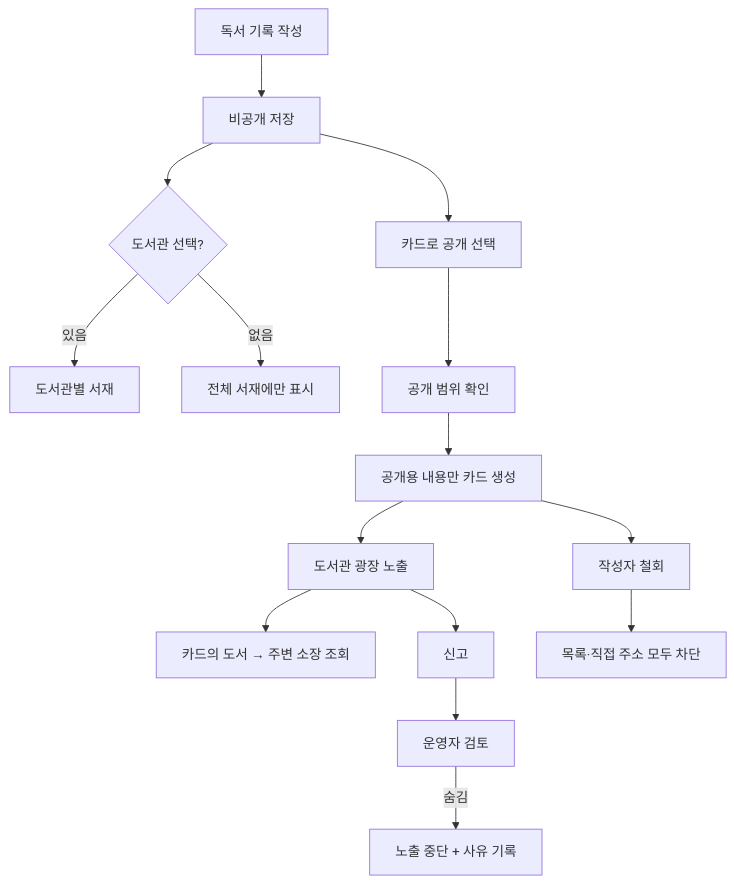
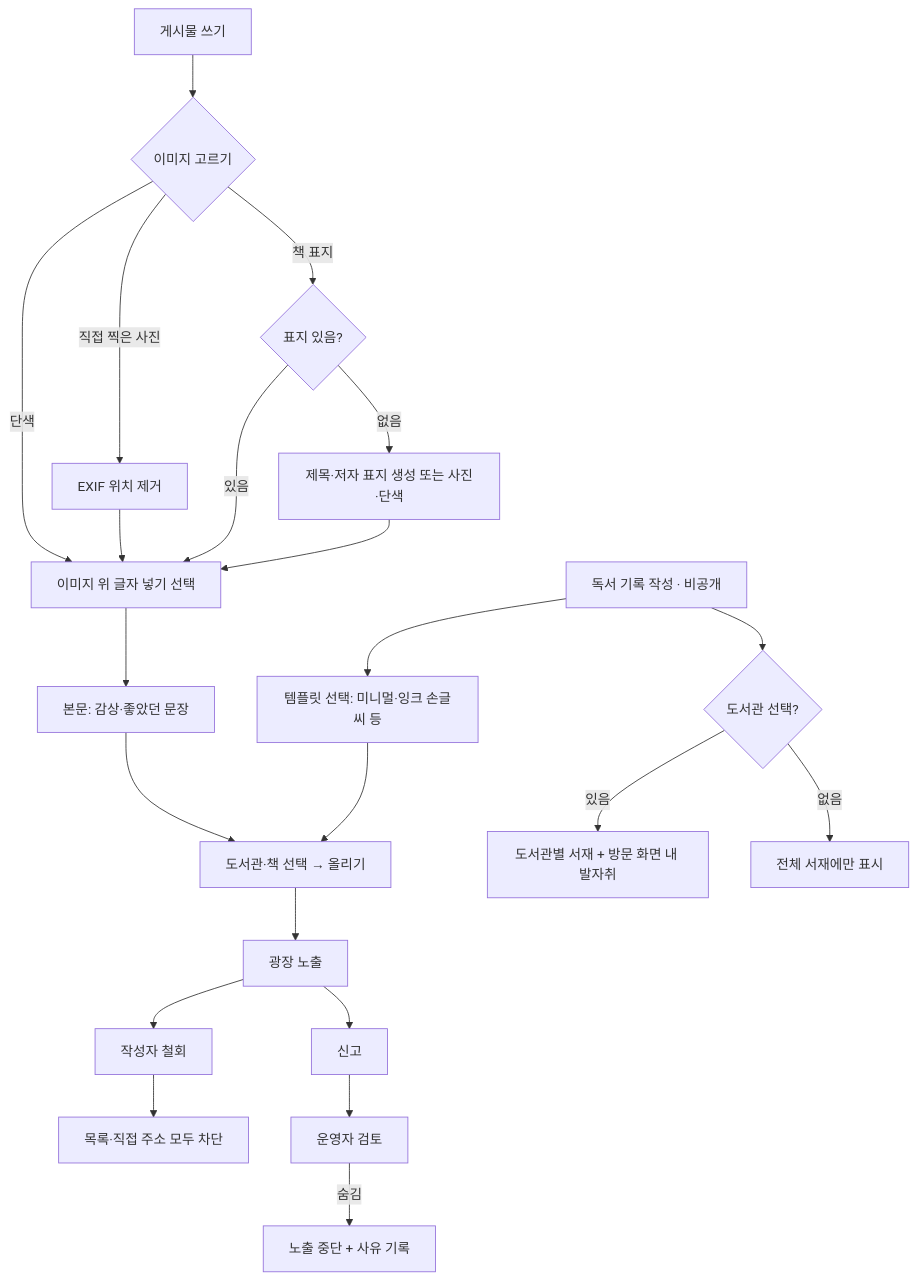
One commit to axteamc/localone changed the fifth of 7 diagrams in 개발산출물/유저_플로우.md. Above: the diagram before and after it, drawn with Mermaid. The commit also changed other lines of this file and 12 other files, not shown here.

````diff
--- a/개발산출물/유저_플로우.md
+++ b/개발산출물/유저_플로우.md
@@ -67,17 +84,24 @@
 ```mermaid
 flowchart TD
-  A[독서 기록 작성] --> B[비공개 저장]
-  B --> C{도서관 선택?}
-  C -- 있음 --> D[도서관별 서재]
-  C -- 없음 --> E[전체 서재에만 표시]
-  B --> F[카드로 공개 선택]
-  F --> G[공개 범위 확인]
-  G --> H[공개용 내용만 카드 생성]
-  H --> I[도서관 광장 노출]
-  I --> J[카드의 도서 → 주변 소장 조회]
-  I --> K[신고]
-  K --> L[운영자 검토]
-  L -- 숨김 --> M[노출 중단 + 사유 기록]
-  H --> N[작성자 철회]
-  N --> O[목록·직접 주소 모두 차단]
+  A[게시물 쓰기] --> B{이미지 고르기}
+  B -- 직접 찍은 사진 --> C[EXIF 위치 제거]
+  B -- 책 표지 --> D{표지 있음?}
+  D -- 없음 --> E[제목·저자 표지 생성 또는 사진·단색]
+  B -- 단색 --> F
+  C --> F[이미지 위 글자 넣기 선택]
+  D -- 있음 --> F
+  E --> F
+  F --> G[본문: 감상·좋았던 문장]
+  G --> H[도서관·책 선택 → 올리기]
+  H --> I[광장 노출]
+  I --> J[작성자 철회]
+  J --> K[목록·직접 주소 모두 차단]
+  I --> L[신고]
+  L --> M[운영자 검토]
+  M -- 숨김 --> N[노출 중단 + 사유 기록]
+  R[독서 기록 작성 · 비공개] --> S{도서관 선택?}
+  S -- 있음 --> T[도서관별 서재 + 방문 화면 내 발자취]
+  S -- 없음 --> U[전체 서재에만 표시]
+  R --> V[템플릿 선택: 미니멀·잉크 손글씨 등]
+  V --> H
 ```
````
